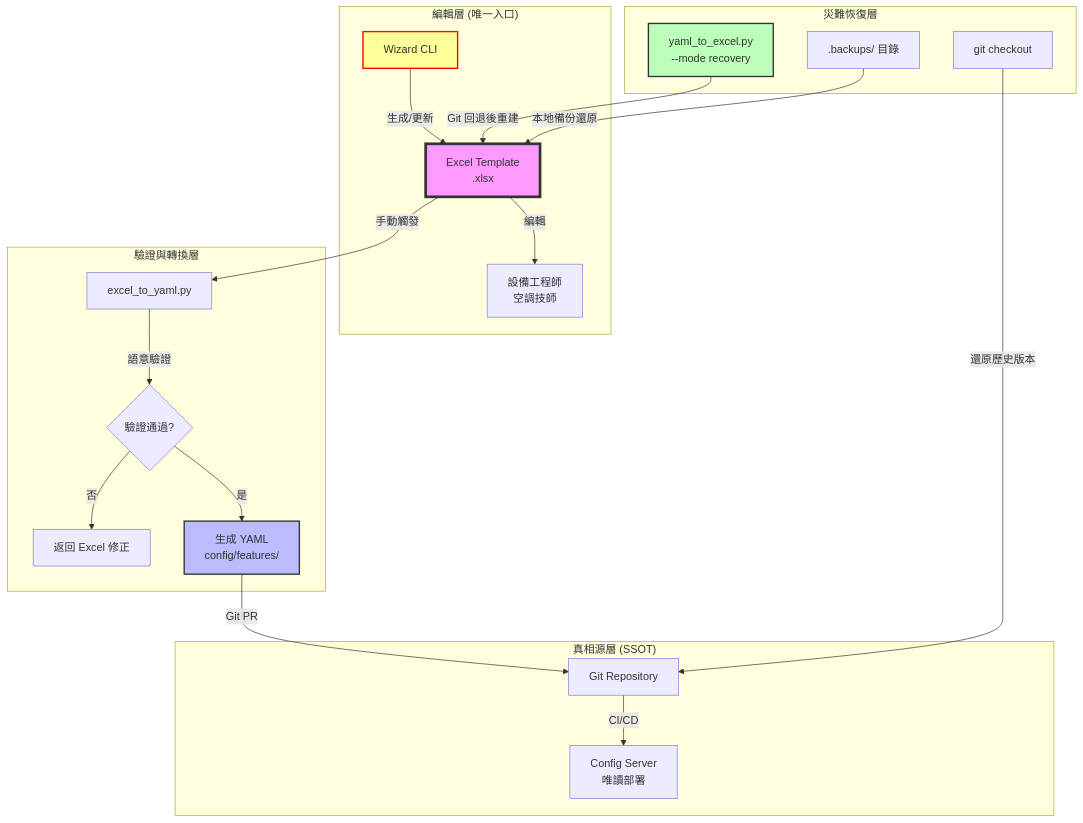
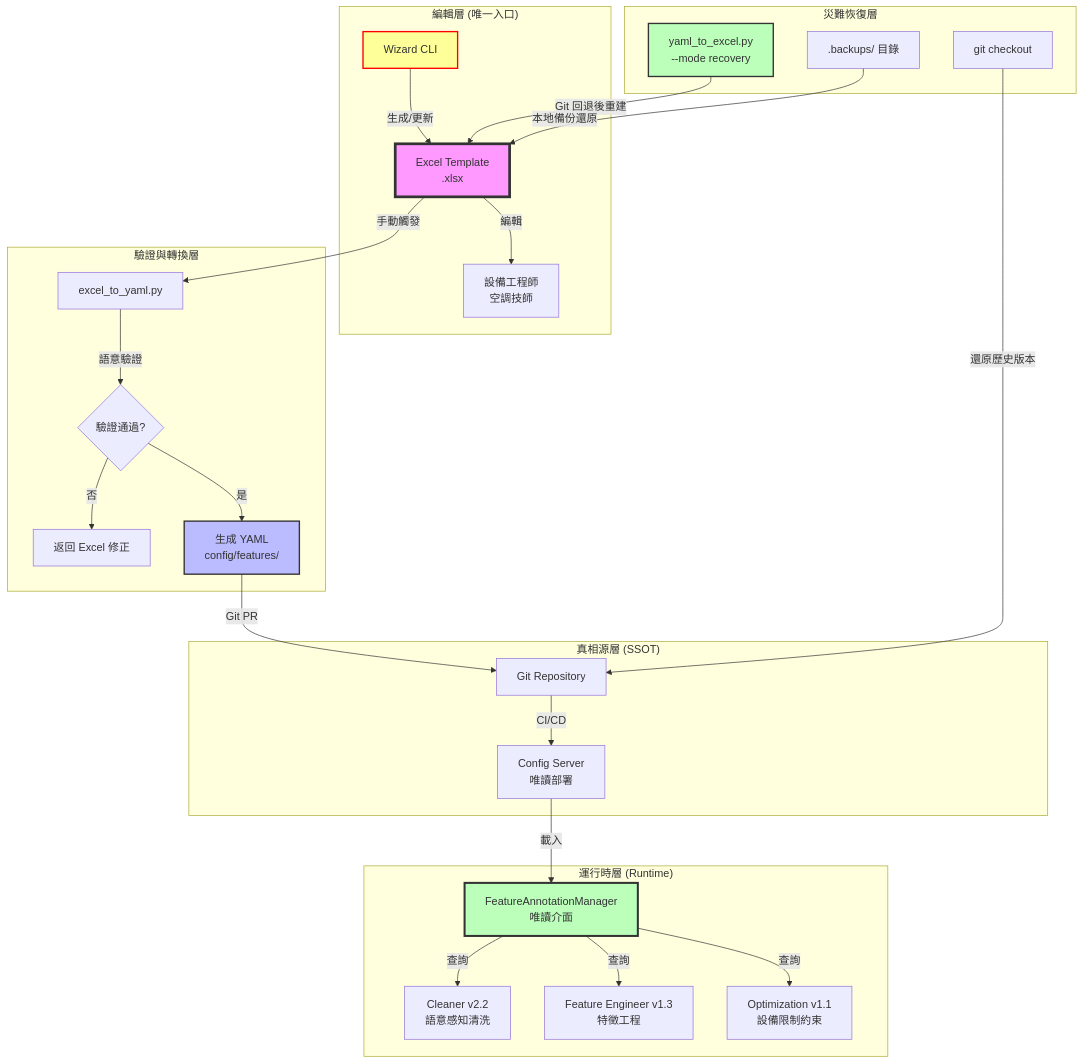
Before and after one commit to oscar120601/HVAC_Analytics: the diagram in docs/Feature Annotation Specification/PRD_Feature_Annotation_Specification_V1.2.md, drawn with Mermaid. The commit also changed other lines of this file and 4211 other files, not shown here.

First line of the commit message:
docs: Update README to v1.3 architecture and add comprehensive PRD documentation

````diff
--- a/docs/Feature Annotation Specification/PRD_Feature_Annotation_Specification_V1.2.md
+++ b/docs/Feature Annotation Specification/PRD_Feature_Annotation_Specification_V1.2.md
@@ -25,30 +33,38 @@
 ```mermaid
 graph TD
     subgraph "編輯層 (唯一入口)"
         A[Excel Template<br/>.xlsx] -->|編輯| B[設備工程師<br/>空調技師]
         C[Wizard CLI] -->|生成/更新| A
     end
     
     subgraph "驗證與轉換層"
         A -->|手動觸發| D[excel_to_yaml.py]
         D -->|語意驗證| E{驗證通過?}
         E -->|否| F[返回 Excel 修正]
         E -->|是| G[生成 YAML<br/>config/features/]
     end
     
     subgraph "真相源層 (SSOT)"
         G -->|Git PR| H[Git Repository]
         H -->|CI/CD| I[Config Server<br/>唯讀部署]
     end
     
+    subgraph "運行時層 (Runtime)"
+        I -->|載入| J[FeatureAnnotationManager<br/>唯讀介面]
+        J -->|查詢| K[Cleaner v2.2<br/>語意感知清洗]
+        J -->|查詢| L[Feature Engineer v1.3<br/>特徵工程]
+        J -->|查詢| M[Optimization v1.1<br/>設備限制約束]
+    end
+    
     subgraph "災難恢復層"
-        J[yaml_to_excel.py<br/>--mode recovery] -->|Git 回退後重建| A
-        K[.backups/ 目錄] -->|本地備份還原| A
-        L[git checkout] -->|還原歷史版本| H
+        N[yaml_to_excel.py<br/>--mode recovery] -->|Git 回退後重建| A
+        O[.backups/ 目錄] -->|本地備份還原| A
+        P[git checkout] -->|還原歷史版本| H
     end
     
     style A fill:#f9f,stroke:#333,stroke-width:4px
     style G fill:#bbf,stroke:#333,stroke-width:2px
     style C fill:#ff9,stroke:#f00,stroke-width:2px
-    style J fill:#bfb,stroke:#333,stroke-width:2px
+    style J fill:#bfb,stroke:#333,stroke-width:3px
+    style N fill:#bfb,stroke:#333,stroke-width:2px
 ```
````
